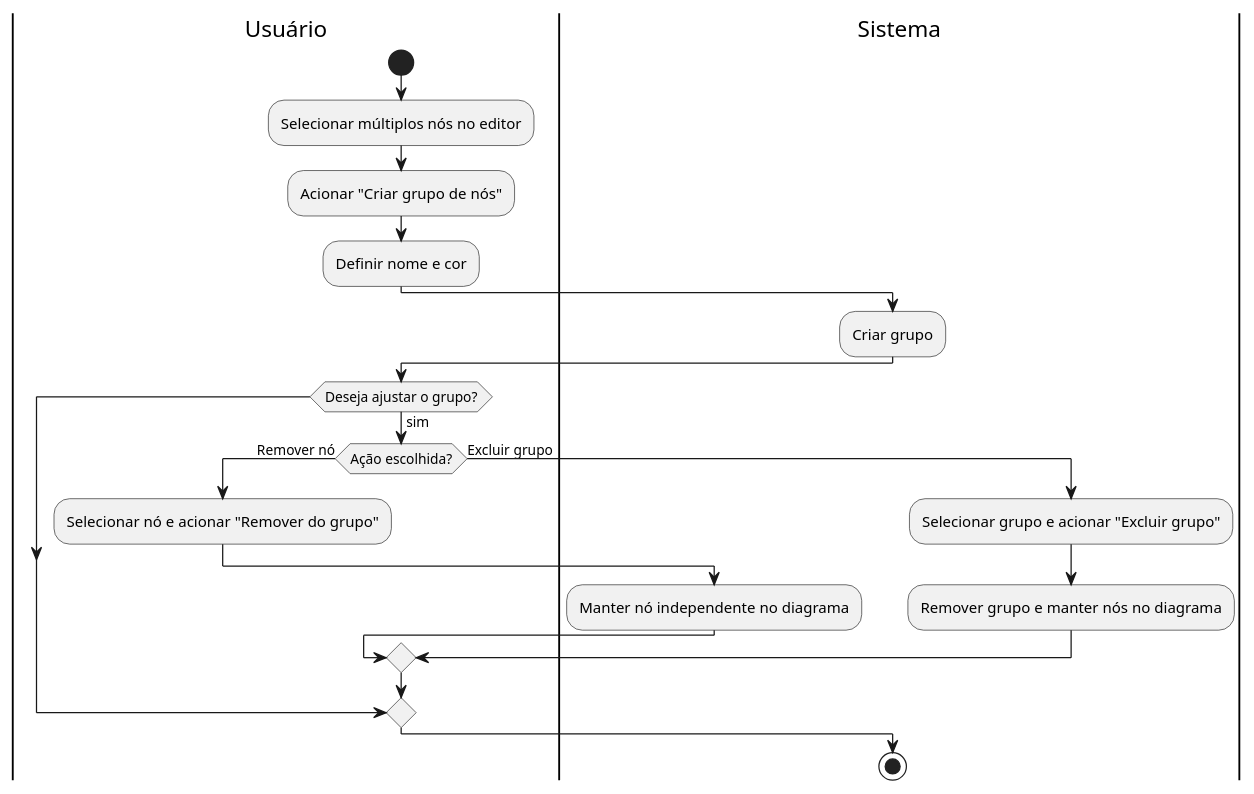
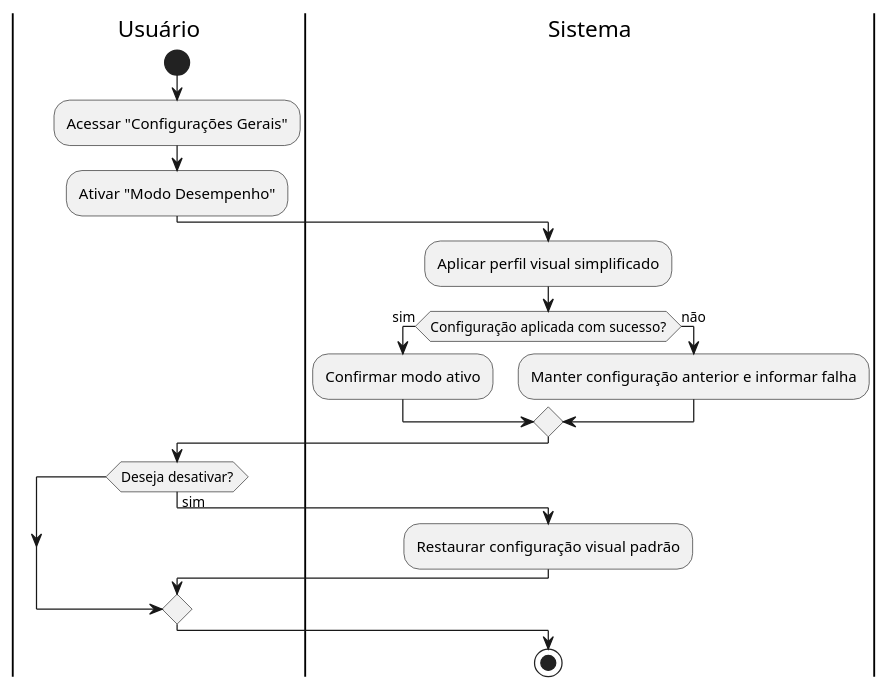
The diagram in docs/casosUso/uml/diagramas_atividade/diagrama_atividade_UC16.puml (aspiringluke/Projeto-Integrado-Mobile), drawn with PlantUML before and after one commit. The commit also changed 31 other files, not shown here.

```diff
--- a/docs/casosUso/uml/diagramas_atividade/diagrama_atividade_UC16.puml
+++ b/docs/casosUso/uml/diagramas_atividade/diagrama_atividade_UC16.puml
@@ -1,26 +1,24 @@
 @startuml diagrama_UC16
 
 |Usuário|
 start
-:Selecionar múltiplos nós no editor;
-:Acionar "Criar grupo de nós";
-:Definir nome e cor;
+:Acessar "Configurações Gerais";
+:Ativar "Modo Desempenho";
 
 |Sistema|
-:Criar grupo;
+:Aplicar perfil visual simplificado;
+
+if (Configuração aplicada com sucesso?) then (sim)
+  :Confirmar modo ativo;
+else (não)
+  :Manter configuração anterior e informar falha;
+endif
 
 |Usuário|
-if (Deseja ajustar o grupo?) then (sim)
-  if (Ação escolhida?) then (Remover nó)
-  :Selecionar nó e acionar "Remover do grupo";
+if (Deseja desativar?) then (sim)
   |Sistema|
-  :Manter nó independente no diagrama;
-  else (Excluir grupo)
-  :Selecionar grupo e acionar "Excluir grupo";
-    |Sistema|
-    :Remover grupo e manter nós no diagrama;
-  endif
+  :Restaurar configuração visual padrão;
 endif
 
 stop
 @enduml
```
